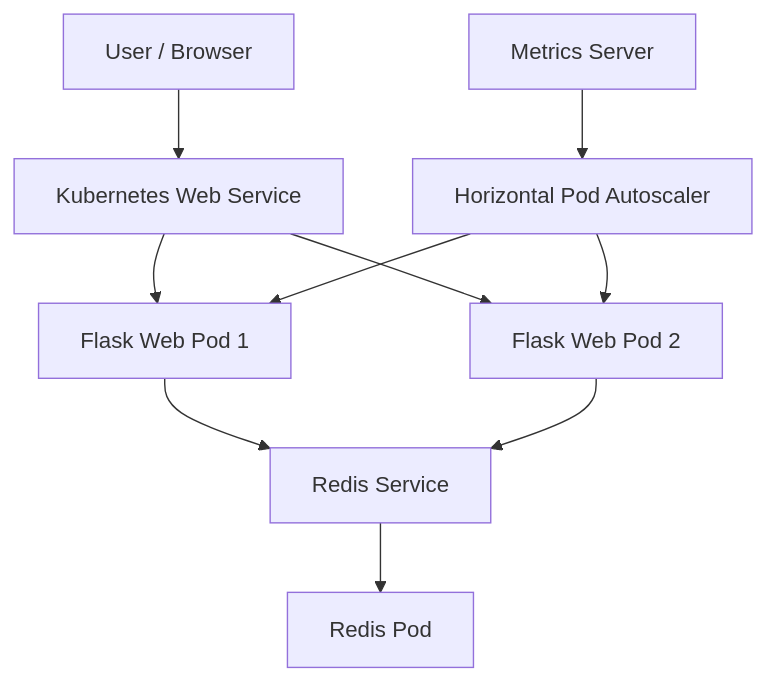
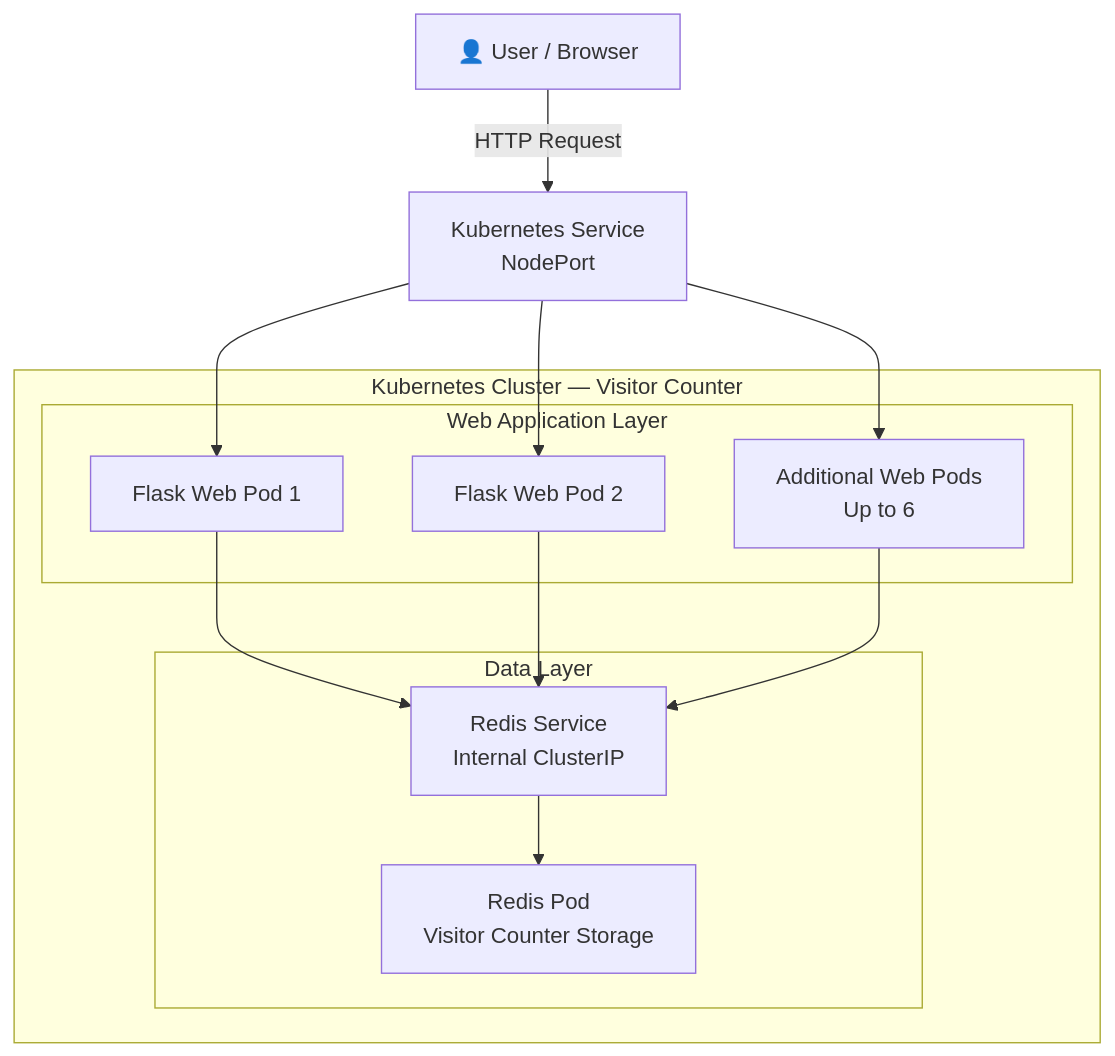
The first of 2 diagrams in README.md (Ahsan-Ahmad-Khan/visitor-counter-cloud), drawn with Mermaid before and after one commit. The commit also changed other lines of this file, not shown here.

````diff
--- a/README.md
+++ b/README.md
@@ -23,13 +27,28 @@
 ```mermaid
 flowchart TD
-    U[User / Browser] --> S[Kubernetes Web Service]
-    S --> W1[Flask Web Pod 1]
-    S --> W2[Flask Web Pod 2]
-    W1 --> R[Redis Service]
-    W2 --> R
-    R --> RP[Redis Pod]
+    U["👤 User / Browser"]
+    S["Kubernetes Service<br/>NodePort"]
+    
+    subgraph K["Kubernetes Cluster — Visitor Counter"]
+        subgraph W["Web Application Layer"]
+            W1["Flask Web Pod 1"]
+            W2["Flask Web Pod 2"]
+            WN["Additional Web Pods<br/>Up to 6"]
+        end
 
-    H[Horizontal Pod Autoscaler] --> W1
-    H --> W2
-    M[Metrics Server] --> H
+        subgraph D["Data Layer"]
+            RS["Redis Service<br/>Internal ClusterIP"]
+            R["Redis Pod<br/>Visitor Counter Storage"]
+            RS --> R
+        end
+
+        W1 --> RS
+        W2 --> RS
+        WN --> RS
+    end
+
+    U -->|"HTTP Request"| S
+    S --> W1
+    S --> W2
+    S --> WN
 ```
````
